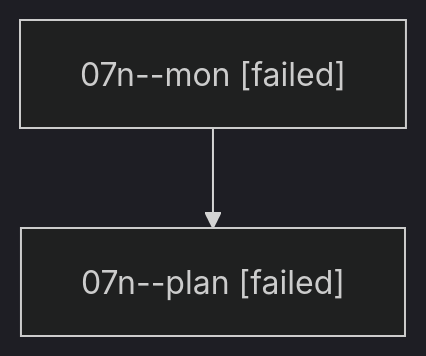
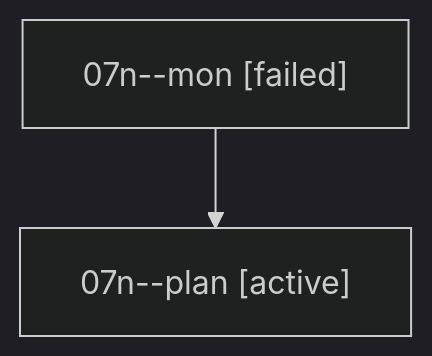
One commit to sase-org/sase--agents changed the diagram in families/bbugyi200.athena.07n.md. Above: the diagram before and after it, drawn with Mermaid (dark theme). The commit also changed other lines of this file and 35830 other files, not shown here.

````diff
--- a/families/bbugyi200.athena.07n.md
+++ b/families/bbugyi200.athena.07n.md
@@ -9,6 +9,6 @@
 ```mermaid
 flowchart TD
   n0["07n--mon [failed]"]
-  n1["07n--plan [failed]"]
+  n1["07n--plan [active]"]
   n0 --> n1
 ```
````
